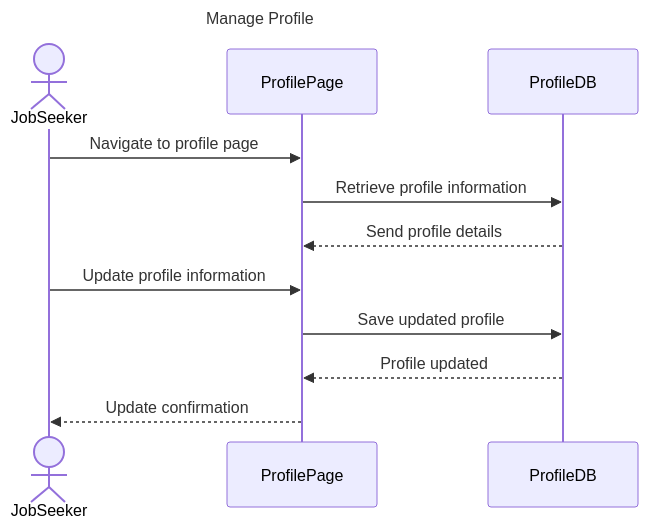
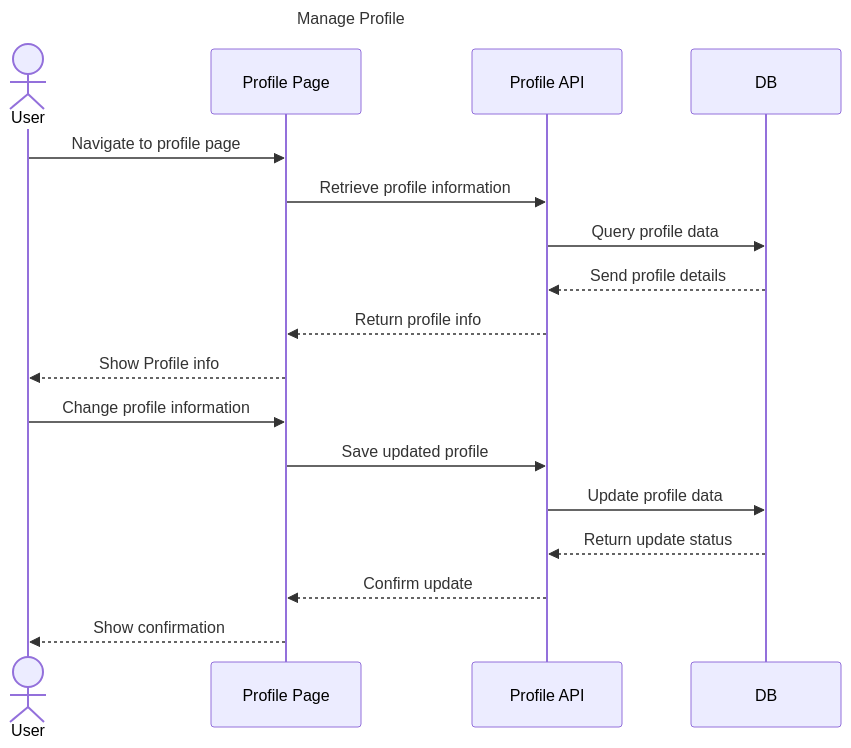
Before and after one commit to emd5953/NextStep: the diagram in docs/all-diagrams-source-files/sequence-diagrams/manage-profile.md, drawn with Mermaid. The commit also changed 40 other files, not shown here.

Commit message:
updated diagrams

````diff
--- a/docs/all-diagrams-source-files/sequence-diagrams/manage-profile.md
+++ b/docs/all-diagrams-source-files/sequence-diagrams/manage-profile.md
@@ -1,12 +1,17 @@
 ```mermaid
 sequenceDiagram
     title Manage Profile
-    actor JobSeeker
-    JobSeeker ->> ProfilePage: Navigate to profile page
-    ProfilePage ->> ProfileDB: Retrieve profile information
-    ProfileDB -->> ProfilePage: Send profile details
-    JobSeeker ->> ProfilePage: Update profile information
-    ProfilePage ->> ProfileDB: Save updated profile
-    ProfileDB -->> ProfilePage: Profile updated
-    ProfilePage -->> JobSeeker: Update confirmation
+    actor User
+    User ->> Profile Page: Navigate to profile page
+    Profile Page ->> Profile API: Retrieve profile information
+    Profile API ->> DB: Query profile data
+    DB -->> Profile API: Send profile details
+    Profile API -->> Profile Page: Return profile info
+    Profile Page -->> User: Show Profile info
+    User ->> Profile Page: Change profile information
+    Profile Page ->> Profile API: Save updated profile
+    Profile API ->> DB: Update profile data
+    DB -->> Profile API: Return update status
+    Profile API -->> Profile Page: Confirm update
+    Profile Page -->> User: Show confirmation
 ```
````
